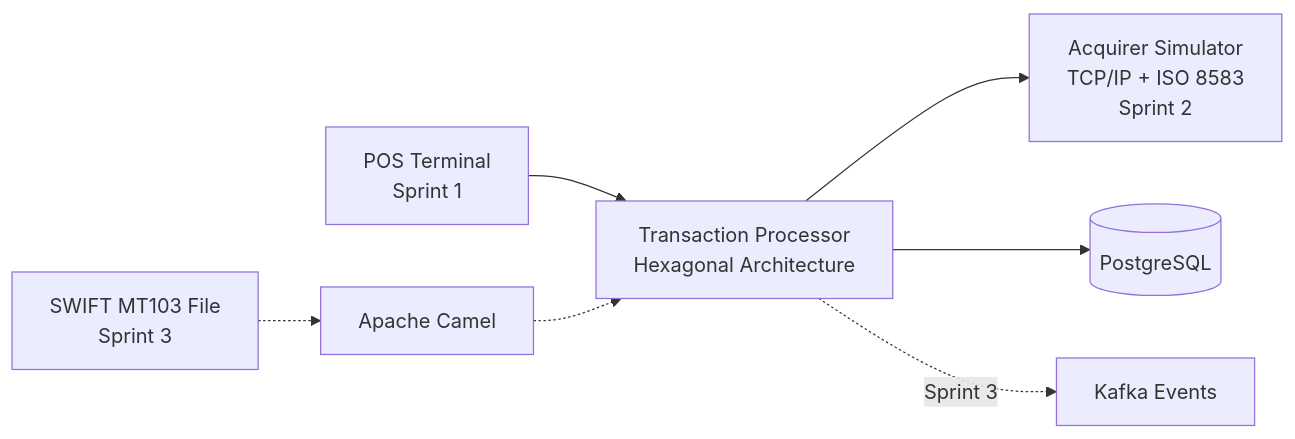
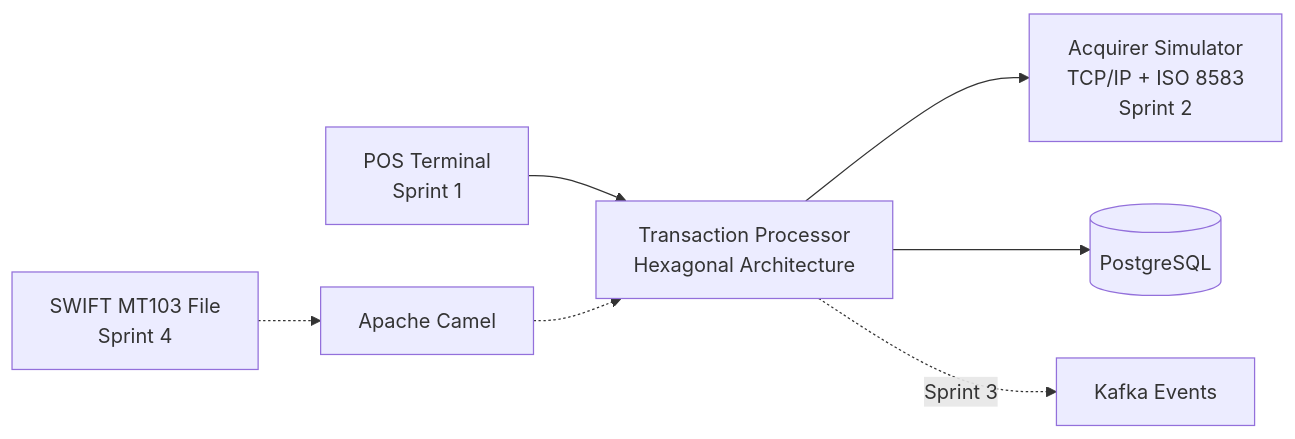
Before and after one commit to LucasBrovetto/financial-integration-platform: the diagram in docs/architecture.md, drawn with Mermaid. The commit also changed other lines of this file and 6 other files, not shown here.

Commit message:
docs(project): update documentation, diagrams, and roadmap

````diff
--- a/docs/architecture.md
+++ b/docs/architecture.md
@@ -11,9 +11,9 @@
 ```mermaid
 flowchart LR
     POS["POS Terminal\nSprint 1"] --> Processor["Transaction Processor\nHexagonal Architecture"]
     Processor --> Acquirer["Acquirer Simulator\nTCP/IP + ISO 8583\nSprint 2"]
     Processor --> Database[(PostgreSQL)]
 
     Processor -. "Sprint 3" .-> Events["Kafka Events"]
-    Swift["SWIFT MT103 File\nSprint 3"] -.-> Camel["Apache Camel"] -.-> Processor
+    Swift["SWIFT MT103 File\nSprint 4"] -.-> Camel["Apache Camel"] -.-> Processor
 ```
````
